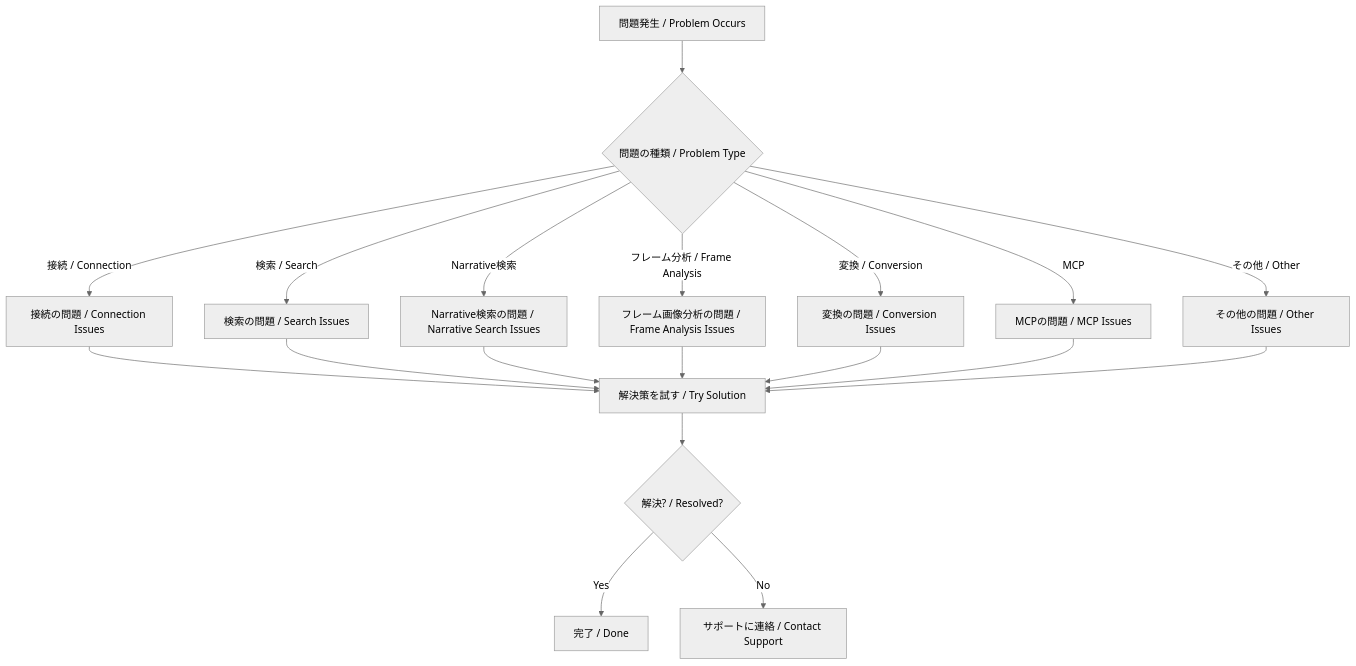
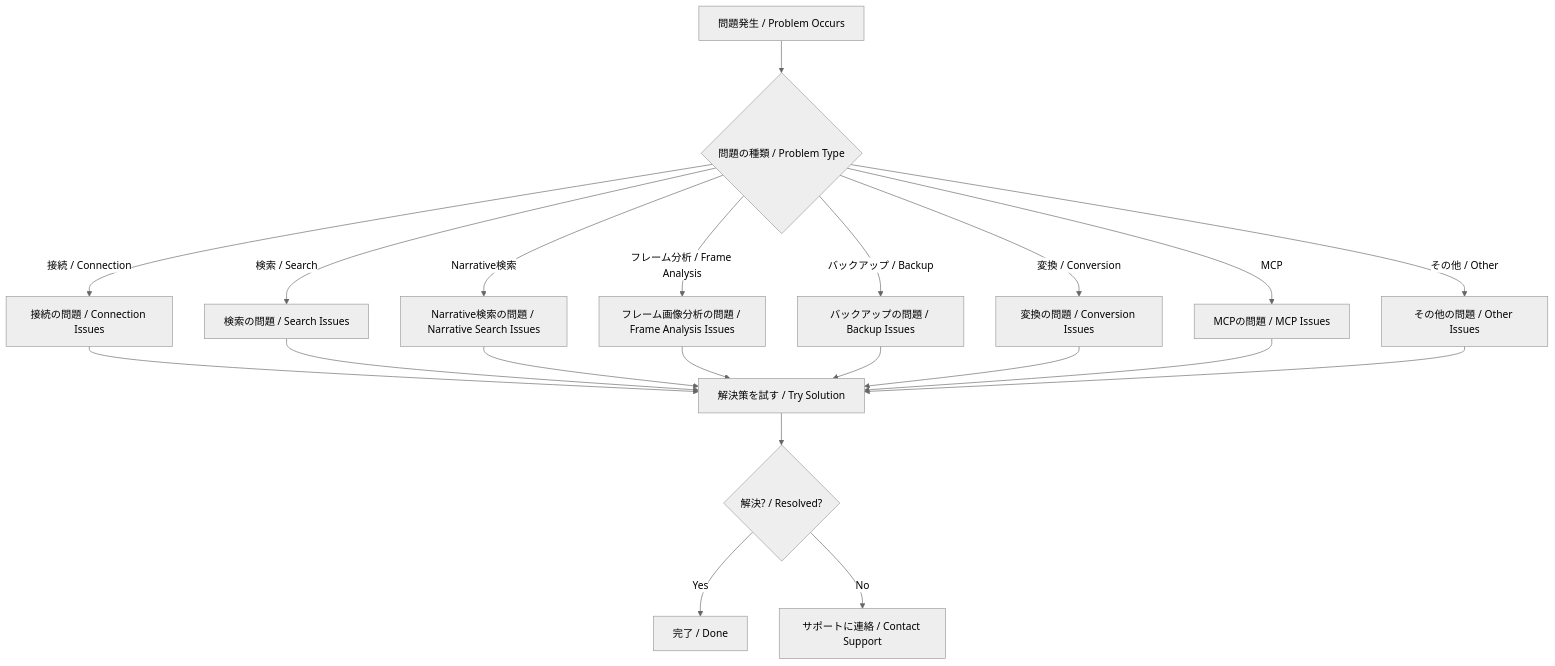
One commit to TKMD/ReftrixMCP changed the first of 3 diagrams in docs/users-guide/04-troubleshooting.md. Above: the diagram before and after it, drawn with Mermaid (neutral theme). The commit also changed other lines of this file and 12 other files, not shown here.

````diff
--- a/docs/users-guide/04-troubleshooting.md
+++ b/docs/users-guide/04-troubleshooting.md
@@ -14,23 +14,25 @@
 ```mermaid
 flowchart TD
     A[問題発生 / Problem Occurs] --> B{問題の種類 / Problem Type}
     B -->|接続 / Connection| C[接続の問題 / Connection Issues]
     B -->|検索 / Search| D[検索の問題 / Search Issues]
     B -->|変換 / Conversion| E[変換の問題 / Conversion Issues]
     B -->|MCP| F[MCPの問題 / MCP Issues]
     B -->|Narrative検索| D2[Narrative検索の問題 / Narrative Search Issues]
     B -->|フレーム分析 / Frame Analysis| D3[フレーム画像分析の問題 / Frame Analysis Issues]
+    B -->|バックアップ / Backup| D4[バックアップの問題 / Backup Issues]
     B -->|その他 / Other| G[その他の問題 / Other Issues]
 
     C --> H[解決策を試す / Try Solution]
     D --> H
     D2 --> H
     D3 --> H
+    D4 --> H
     E --> H
     F --> H
     G --> H
 
     H --> I{解決? / Resolved?}
     I -->|Yes| J[完了 / Done]
     I -->|No| K[サポートに連絡 / Contact Support]
 ```
````
